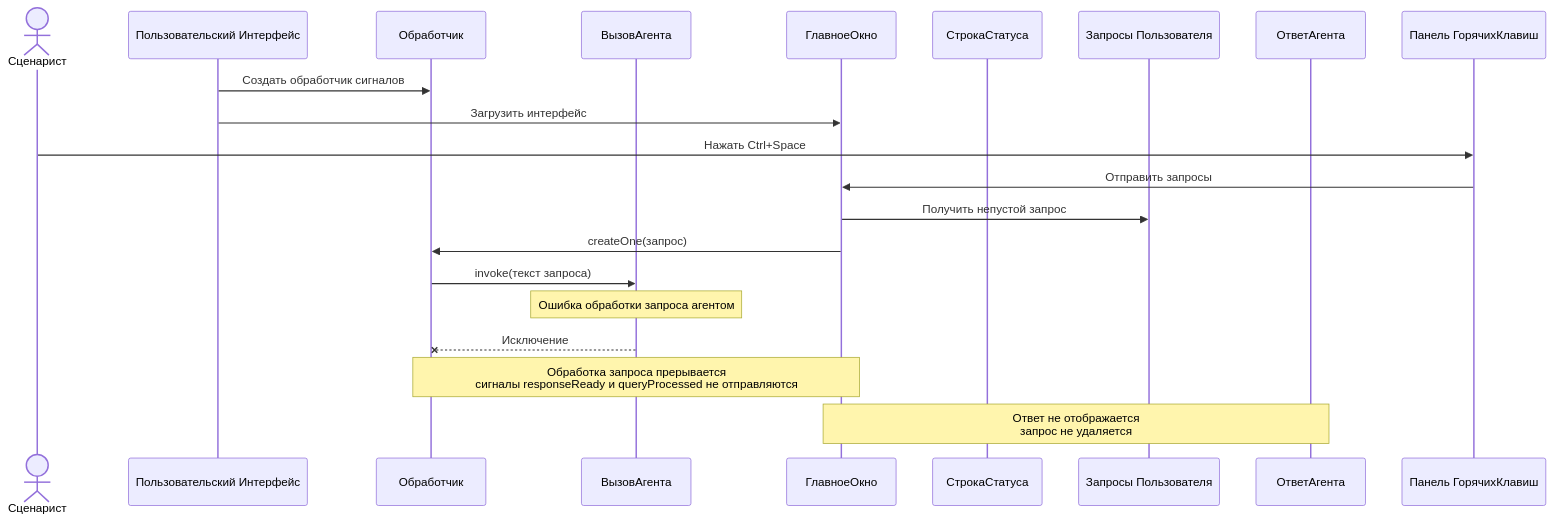
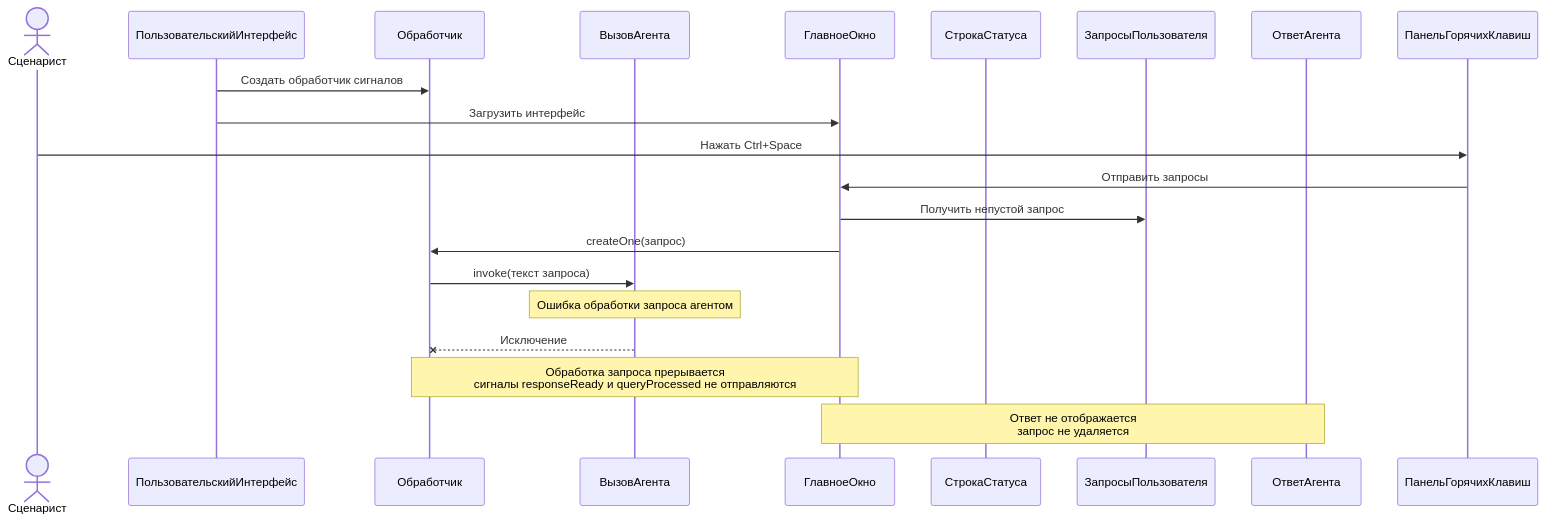
One commit to CHSU-scenarAIst/diagrammy changed the second of 3 diagrams in Пакет Интерфейс пользователя/2. Диаграмма последовательностей взаимодействия объектов классов пакета.md. Above: the diagram before and after it, drawn with Mermaid. The commit also changed other lines of this file and 3 other files, not shown here.

````diff
--- a/Пакет Интерфейс пользователя/2. Диаграмма последовательностей взаимодействия объектов классов пакета.md
+++ b/Пакет Интерфейс пользователя/2. Диаграмма последовательностей взаимодействия объектов классов пакета.md
@@ -58,24 +58,24 @@
 ```mermaid
 sequenceDiagram
     actor Сценарист
-    participant Пользовательский Интерфейс
+    participant ПользовательскийИнтерфейс
     participant Обработчик
     participant ВызовАгента
     participant ГлавноеОкно
     participant СтрокаСтатуса
-    participant Запросы Пользователя
+    participant ЗапросыПользователя
     participant ОтветАгента
-    participant Панель ГорячихКлавиш
+    participant ПанельГорячихКлавиш
 
-    Пользовательский Интерфейс->>Обработчик: Создать обработчик сигналов
-    Пользовательский Интерфейс->>ГлавноеОкно: Загрузить интерфейс
-    Сценарист->>Панель ГорячихКлавиш: Нажать Ctrl+Space
-    Панель ГорячихКлавиш->>ГлавноеОкно: Отправить запросы
-    ГлавноеОкно->>Запросы Пользователя: Получить непустой запрос
+    ПользовательскийИнтерфейс->>Обработчик: Создать обработчик сигналов
+    ПользовательскийИнтерфейс->>ГлавноеОкно: Загрузить интерфейс
+    Сценарист->>ПанельГорячихКлавиш: Нажать Ctrl+Space
+    ПанельГорячихКлавиш->>ГлавноеОкно: Отправить запросы
+    ГлавноеОкно->>ЗапросыПользователя: Получить непустой запрос
     ГлавноеОкно->>Обработчик: createOne(запрос)
     Обработчик->>ВызовАгента: invoke(текст запроса)
     Note over ВызовАгента: Ошибка обработки запроса агентом
     ВызовАгента--xОбработчик: Исключение
     Note over Обработчик,ГлавноеОкно: Обработка запроса прерывается<br/>сигналы responseReady и queryProcessed не отправляются
     Note over ГлавноеОкно,ОтветАгента: Ответ не отображается<br/>запрос не удаляется
 ```
````
